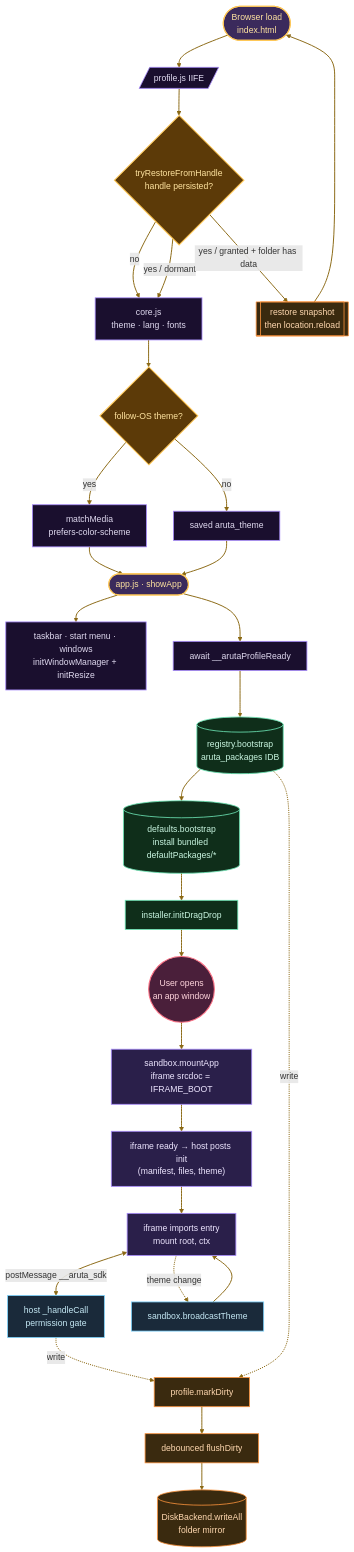
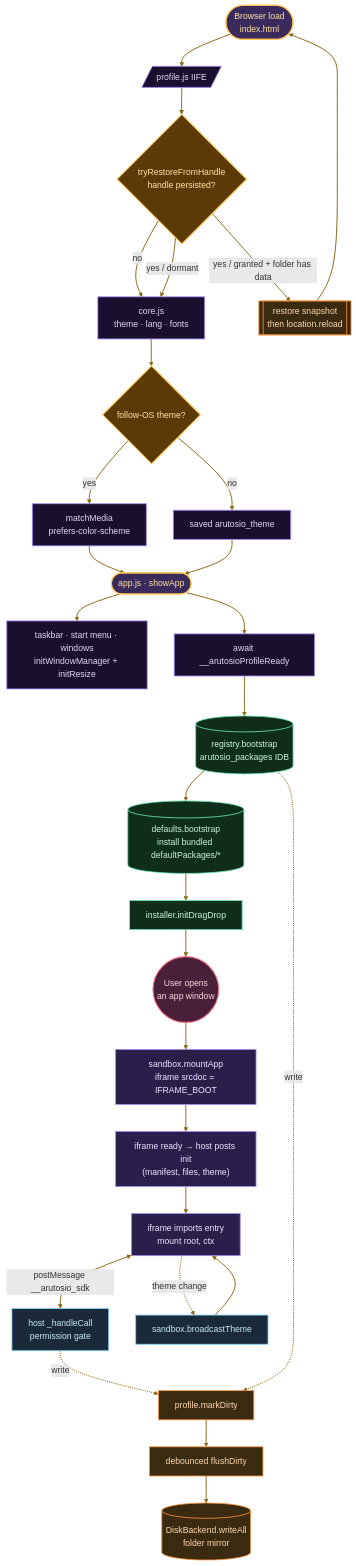
One commit to Arutosio/arutosio.com changed the first of 2 diagrams in docs/architecture.md. Above: the diagram before and after it, drawn with Mermaid. The commit also changed other lines of this file and 99 other files, not shown here.

````diff
--- a/docs/architecture.md
+++ b/docs/architecture.md
@@ -9,49 +9,49 @@
 ```mermaid
 %%{init: {
   "theme": "base",
   "flowchart": { "curve": "basis", "htmlLabels": true, "padding": 10 },
   "themeVariables": {
     "fontFamily": "Georgia, 'IM Fell English', serif",
     "fontSize": "14px"
   }
 }}%%
 flowchart TD
     A([Browser load<br/>index.html]):::entry --> B[/profile.js IIFE/]:::boot
     B --> C{tryRestoreFromHandle<br/>handle persisted?}:::gate
     C -- no --> E[core.js<br/>theme · lang · fonts]:::boot
     C -- yes / dormant --> E
     C -- yes / granted + folder has data --> D[[restore snapshot<br/>then location.reload]]:::profile
     D --> A
     E --> E1{follow-OS theme?}:::gate
     E1 -- yes --> E2[matchMedia<br/>prefers-color-scheme]:::boot
-    E1 -- no --> E3[saved aruta_theme]:::boot
+    E1 -- no --> E3[saved arutosio_theme]:::boot
     E2 --> F([app.js · showApp]):::entry
     E3 --> F
     F --> F1[taskbar · start menu · windows<br/>initWindowManager + initResize]:::boot
-    F --> F2[await __arutaProfileReady]:::boot
-    F2 --> G[(registry.bootstrap<br/>aruta_packages IDB)]:::reg
+    F --> F2[await __arutosioProfileReady]:::boot
+    F2 --> G[(registry.bootstrap<br/>arutosio_packages IDB)]:::reg
     G --> H[(defaults.bootstrap<br/>install bundled defaultPackages/*)]:::reg
     H --> I[installer.initDragDrop]:::reg
     I --> U((User opens<br/>an app window)):::user
     U --> V[sandbox.mountApp<br/>iframe srcdoc = IFRAME_BOOT]:::app
     V --> W["iframe ready → host posts init<br/>(manifest, files, theme)"]:::app
     W --> X[iframe imports entry<br/>mount root, ctx]:::app
-    X <-->|postMessage __aruta_sdk| Y[host _handleCall<br/>permission gate]:::bridge
+    X <-->|postMessage __arutosio_sdk| Y[host _handleCall<br/>permission gate]:::bridge
     X -. theme change .-> BT[sandbox.broadcastTheme]:::bridge
     BT --> X
     Y -.write.-> P[profile.markDirty]:::profile
     G -.write.-> P
     P --> P1[debounced flushDirty]:::profile
     P1 --> P2[(DiskBackend.writeAll<br/>folder mirror)]:::profile
 
     classDef entry   fill:#3b2a5c,stroke:#ffc857,stroke-width:2px,color:#ffe4a0
     classDef boot    fill:#1a0f2e,stroke:#a78bfa,stroke-width:1.5px,color:#e0daf0
     classDef gate    fill:#5c3a08,stroke:#ffc857,stroke-width:2px,color:#ffe4a0
     classDef reg     fill:#0f2e1a,stroke:#6ee7b7,stroke-width:1.5px,color:#c8f5e0
     classDef user    fill:#4a1f3a,stroke:#fb7185,stroke-width:2px,color:#ffd5dc
     classDef app     fill:#2a1f4a,stroke:#a78bfa,stroke-width:1.5px,color:#ede5ff
     classDef bridge  fill:#1a2a3a,stroke:#7dd3fc,stroke-width:1.5px,color:#c5e9f5
     classDef profile fill:#3a2a0f,stroke:#fb923c,stroke-width:1.5px,color:#ffd8b0
 
     linkStyle default stroke:#8b6914,stroke-width:1.8px
 ```
````
